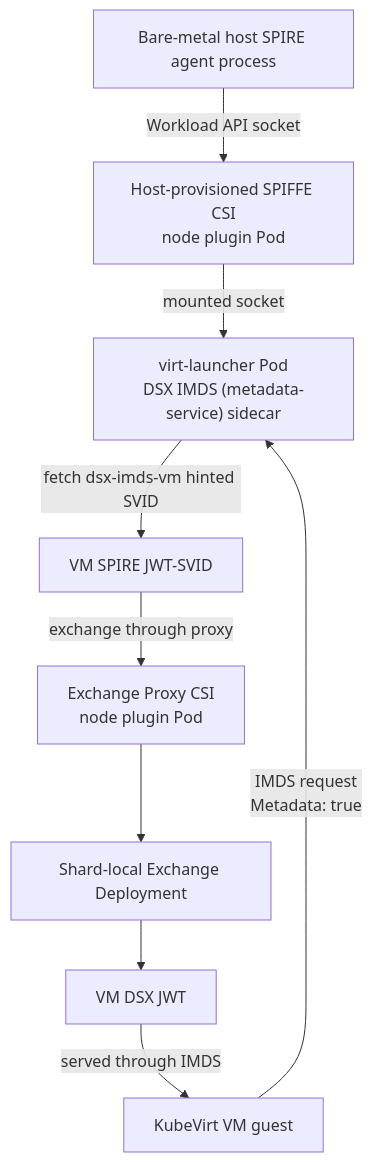
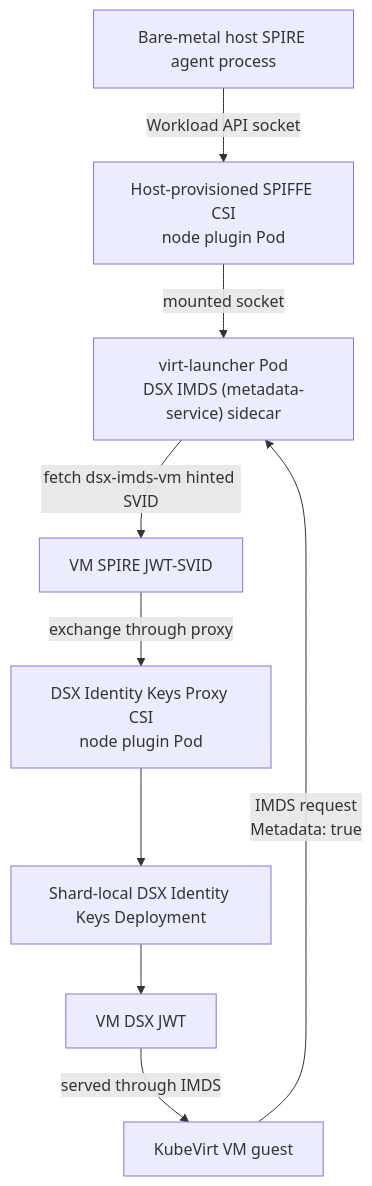
Before and after one commit to dsx-ai-factory/nvidia-workload-identity: the third of 3 diagrams in cmd/metadata-service/README.md, drawn with Mermaid. The commit also changed other lines of this file and 68 other files, not shown here.

Commit message:
fix!: rename component to dsx-identity-keys

````diff
--- a/cmd/metadata-service/README.md
+++ b/cmd/metadata-service/README.md
@@ -70,20 +72,20 @@
 ```mermaid
 flowchart TB
   HostAgent["Bare-metal host SPIRE agent process"]
   CSI["Host-provisioned SPIFFE CSI<br/>node plugin Pod"]
   Metadata["virt-launcher Pod<br/>DSX IMDS (metadata-service) sidecar"]
-  Proxy["Exchange Proxy CSI<br/>node plugin Pod"]
-  Exchange["Shard-local Exchange Deployment"]
+  Proxy["DSX Identity Keys Proxy CSI<br/>node plugin Pod"]
+  IdentityKeys["Shard-local DSX Identity Keys Deployment"]
   VMJWT["VM SPIRE JWT-SVID"]
   DSXJWT["VM DSX JWT"]
   VM["KubeVirt VM guest"]
 
   HostAgent -->|"Workload API socket"| CSI
   CSI -->|"mounted socket"| Metadata
   VM -->|"IMDS request<br/>Metadata: true"| Metadata
   Metadata -->|"fetch dsx-imds-vm hinted SVID"| VMJWT
   VMJWT -->|"exchange through proxy"| Proxy
-  Proxy --> Exchange
-  Exchange --> DSXJWT
+  Proxy --> IdentityKeys
+  IdentityKeys --> DSXJWT
   DSXJWT -->|"served through IMDS"| VM
 ```
````
